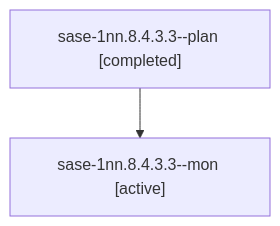
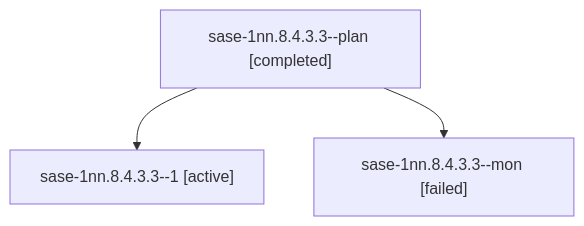
The diagram in sessions/bbugyi200.athena.sase-1nn.8.4.3.3.md (sase-org/sase--agents), drawn with Mermaid before and after one commit. The commit also changed other lines of this file and 98 other files, not shown here.

````diff
--- a/sessions/bbugyi200.athena.sase-1nn.8.4.3.3.md
+++ b/sessions/bbugyi200.athena.sase-1nn.8.4.3.3.md
@@ -9,6 +9,8 @@
 ```mermaid
 flowchart TD
   n0["sase-1nn.8.4.3.3--plan [completed]"]
-  n1["sase-1nn.8.4.3.3--mon [active]"]
+  n1["sase-1nn.8.4.3.3--1 [active]"]
   n0 --> n1
+  n2["sase-1nn.8.4.3.3--mon [failed]"]
+  n0 --> n2
 ```
````
